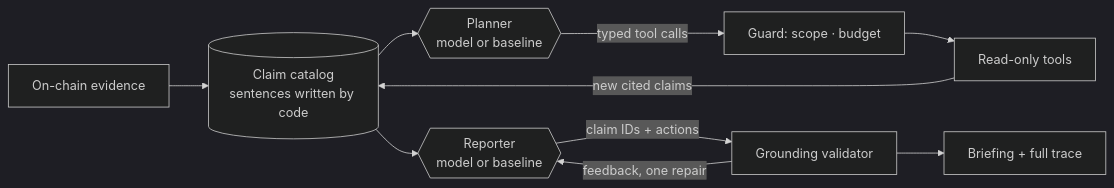
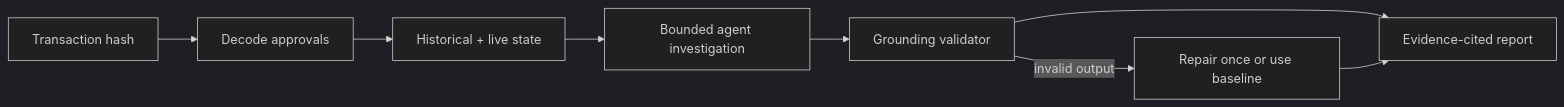
The diagram in README.md (eshitakundu/TraceIntel), drawn with Mermaid (dark theme) before and after one commit. The commit also changed other lines of this file, not shown here.

Commit message:
docs: rewrite TraceIntel project overview

````diff
--- a/README.md
+++ b/README.md
@@ -26,12 +42,10 @@
 ```mermaid
 flowchart LR
-  E[On-chain evidence] --> C[(Claim catalog<br/>sentences written by code)]
-  C --> P{{Planner<br/>model or baseline}}
-  P -->|typed tool calls| G[Guard: scope · budget]
-  G --> T[Read-only tools]
-  T -->|new cited claims| C
-  C --> R{{Reporter<br/>model or baseline}}
-  R -->|claim IDs + actions| V[Grounding validator]
-  V -->|feedback, one repair| R
-  V --> B[Briefing + full trace]
+  TX[Transaction hash] --> D[Decode approvals]
+  D --> S[Historical + live state]
+  S --> A[Bounded agent investigation]
+  A --> V[Grounding validator]
+  V --> R[Evidence-cited report]
+  V -->|invalid output| F[Repair once or use baseline]
+  F --> R
 ```
````
